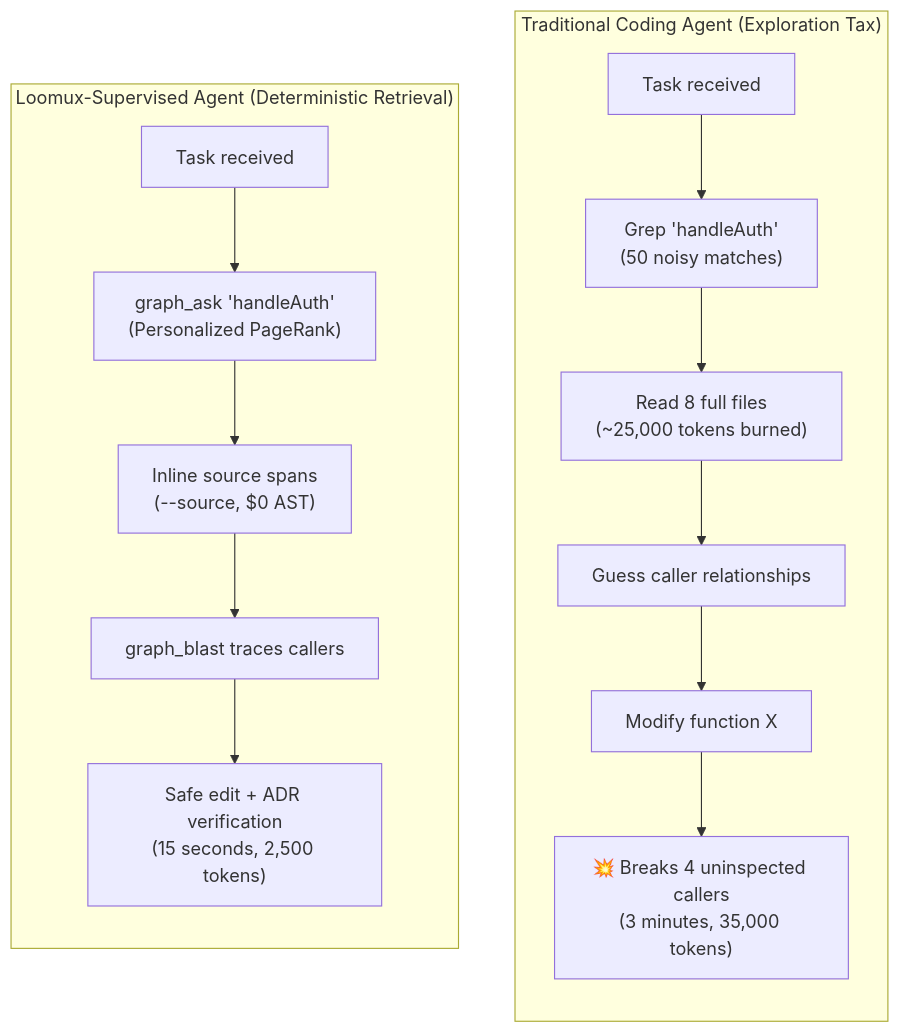
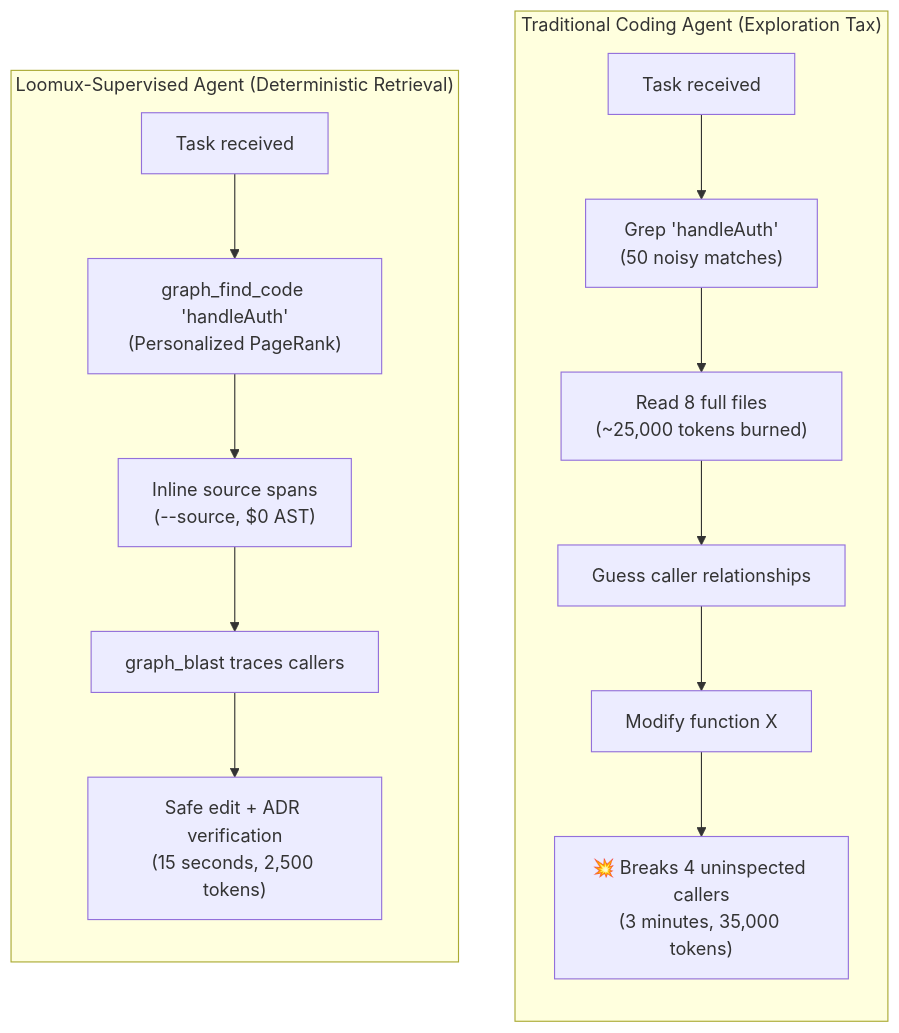
The first of 5 diagrams in docs/en/architecture.md (xidus90/loomux), drawn with Mermaid before and after one commit. The commit also changed other lines of this file and 18 other files, not shown here.

````diff
--- a/docs/en/architecture.md
+++ b/docs/en/architecture.md
@@ -18,19 +18,19 @@
 ```mermaid
 flowchart TD
     subgraph Traditional["Traditional Coding Agent (Exploration Tax)"]
         direction TB
         Task1["Task received"] --> Grep1["Grep 'handleAuth'<br/>(50 noisy matches)"]
         Grep1 --> Read1["Read 8 full files<br/>(~25,000 tokens burned)"]
         Read1 --> Guess1["Guess caller relationships"]
         Guess1 --> Edit1["Modify function X"]
         Edit1 --> Break1["💥 Breaks 4 uninspected callers<br/>(3 minutes, 35,000 tokens)"]
     end
 
     subgraph LoomuxSupervised["Loomux-Supervised Agent (Deterministic Retrieval)"]
         direction TB
-        Task2["Task received"] --> GraphRank["graph_ask 'handleAuth'<br/>(Personalized PageRank)"]
+        Task2["Task received"] --> GraphRank["graph_find_code 'handleAuth'<br/>(Personalized PageRank)"]
         GraphRank --> Spans["Inline source spans<br/>(--source, $0 AST)"]
         Spans --> Blast["graph_blast traces callers"]
         Blast --> SafeEdit["Safe edit + ADR verification<br/>(15 seconds, 2,500 tokens)"]
     end
 ```
````
